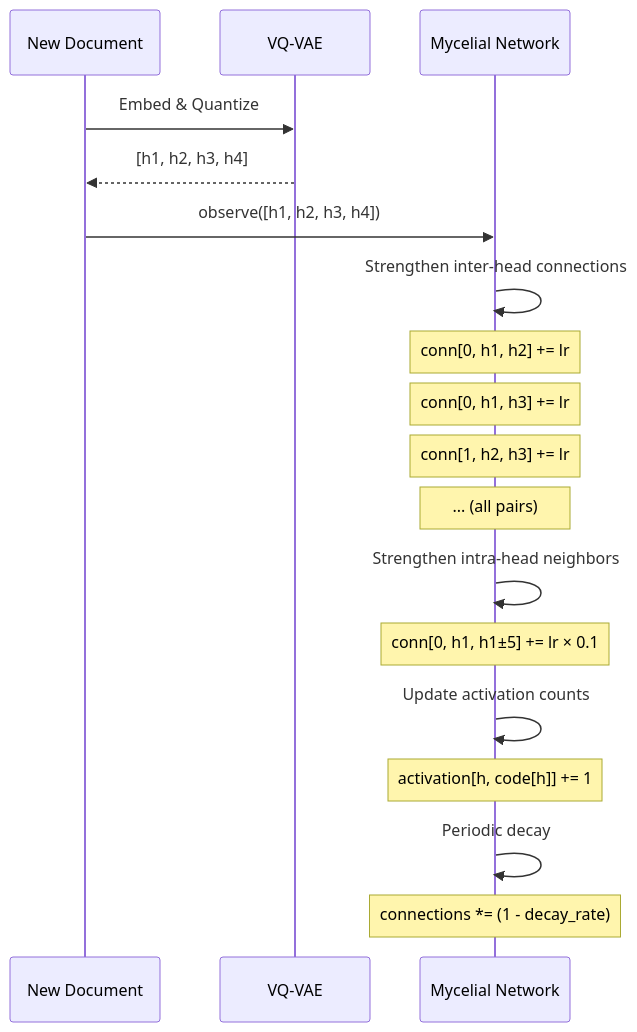
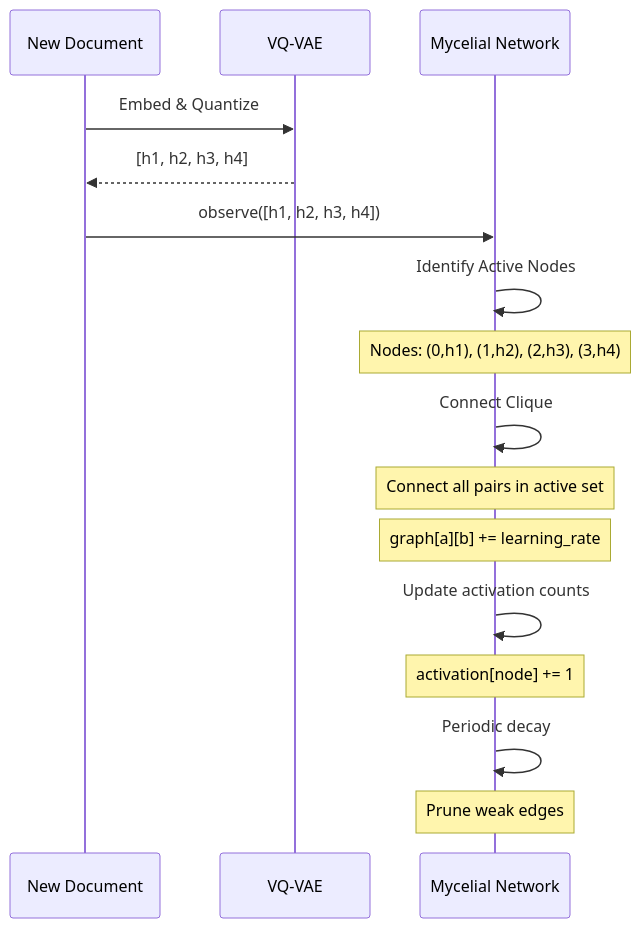
Before and after one commit to GAndreuu/Prototype-Alexandria: the second of 5 diagrams in docs/modules/02_mycelial_reasoning.md, drawn with Mermaid. The commit also changed other lines of this file and 28 other files, not shown here.

Commit message:
Refactor Mycelial Reasoning to Sparse Graph, cleanup legacy files, and update docs

````diff
--- a/docs/modules/02_mycelial_reasoning.md
+++ b/docs/modules/02_mycelial_reasoning.md
@@ -105,26 +100,24 @@
 ```mermaid
 sequenceDiagram
     participant Doc as New Document
     participant VQ as VQ-VAE
     participant Net as Mycelial Network
     
     Doc->>VQ: Embed & Quantize
     VQ-->>Doc: [h1, h2, h3, h4]
     
     Doc->>Net: observe([h1, h2, h3, h4])
     
-    Net->>Net: Strengthen inter-head connections
-    Note over Net: conn[0, h1, h2] += lr
-    Note over Net: conn[0, h1, h3] += lr
-    Note over Net: conn[1, h2, h3] += lr
-    Note over Net: ... (all pairs)
+    Net->>Net: Identify Active Nodes
+    Note over Net: Nodes: (0,h1), (1,h2), (2,h3), (3,h4)
     
-    Net->>Net: Strengthen intra-head neighbors
-    Note over Net: conn[0, h1, h1±5] += lr × 0.1
+    Net->>Net: Connect Clique
+    Note over Net: Connect all pairs in active set
+    Note over Net: graph[a][b] += learning_rate
     
     Net->>Net: Update activation counts
-    Note over Net: activation[h, code[h]] += 1
+    Note over Net: activation[node] += 1
     
     Net->>Net: Periodic decay
-    Note over Net: connections *= (1 - decay_rate)
+    Note over Net: Prune weak edges
 ```
````
